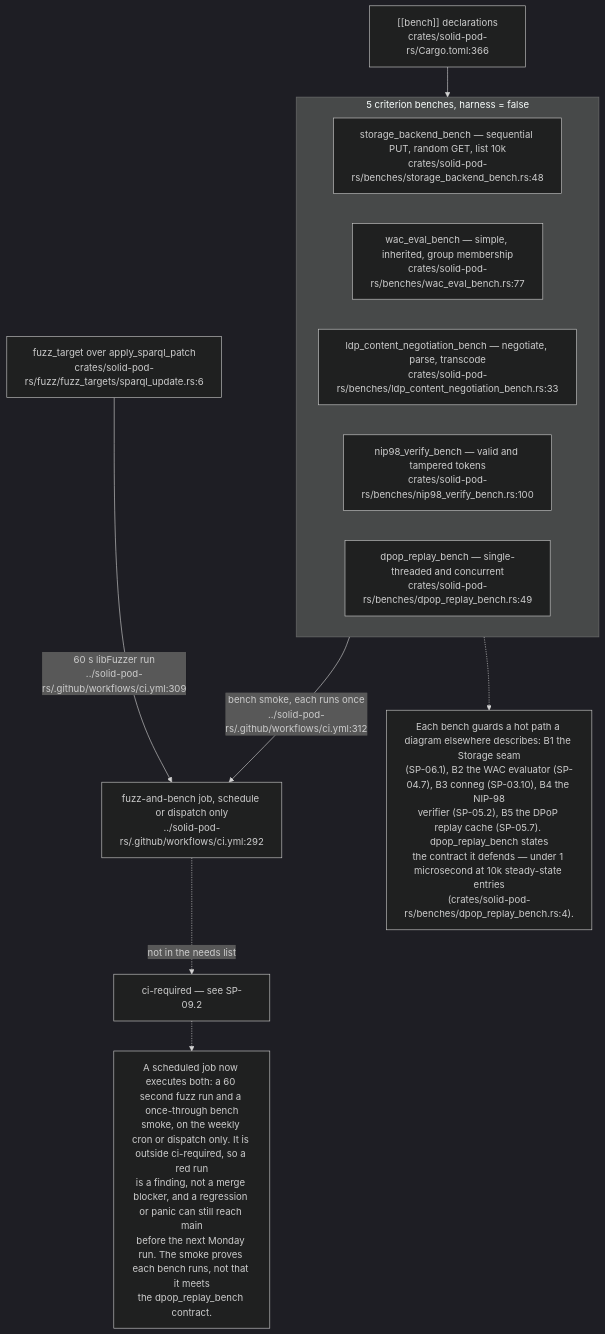
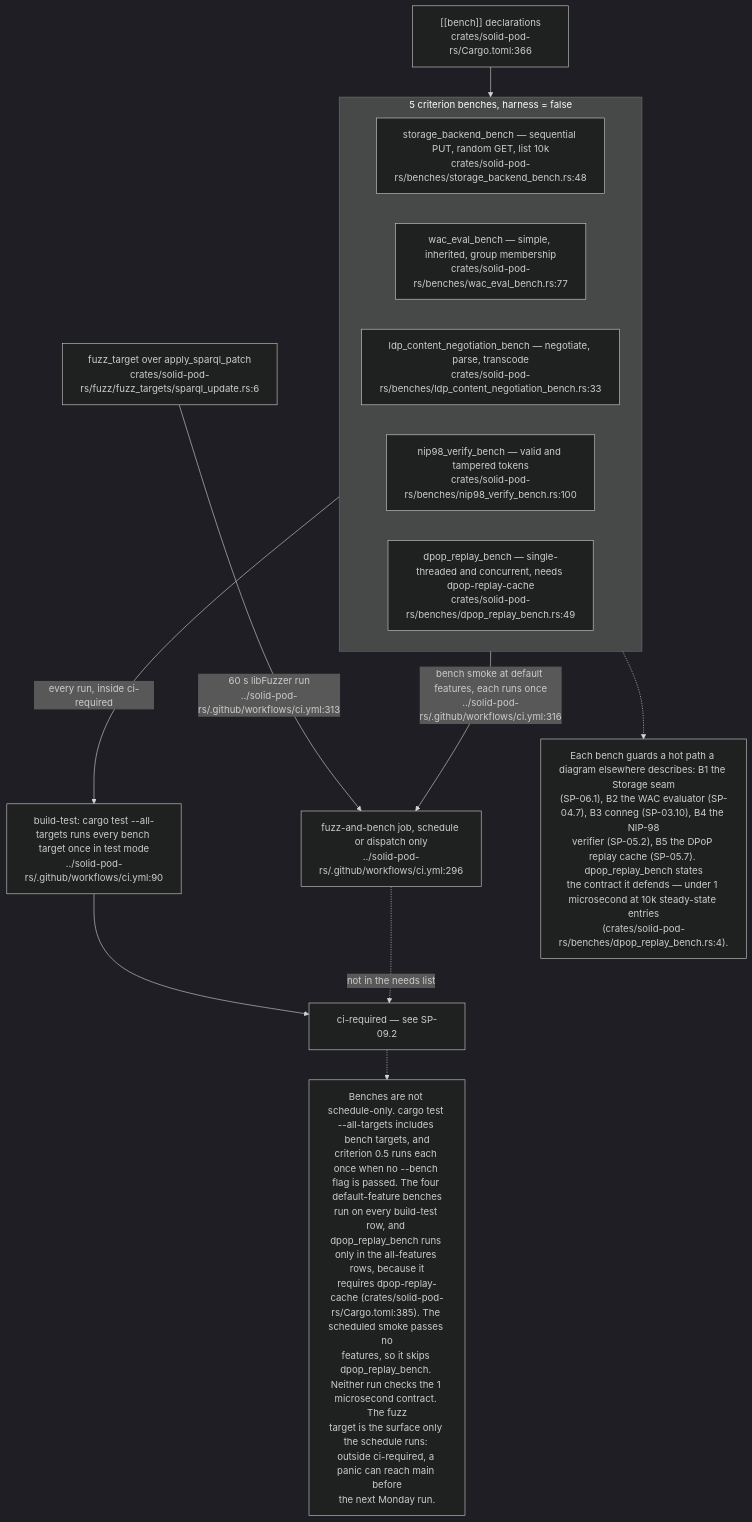
One commit to DreamLab-AI/VisionFlow changed the eighth of 9 diagrams in docs/diagrams/solid-pod-rs/09-ci-release-and-consumer-pins.md. Above: the diagram before and after it, drawn with Mermaid (dark theme). The commit also changed other lines of this file and 47 other files, not shown here.

````diff
--- a/docs/diagrams/solid-pod-rs/09-ci-release-and-consumer-pins.md
+++ b/docs/diagrams/solid-pod-rs/09-ci-release-and-consumer-pins.md
@@ -279,24 +308,27 @@
 ```mermaid
 flowchart TD
     subgraph BENCH["5 criterion benches, harness = false"]
         B1["storage_backend_bench — sequential PUT, random GET, list 10k<br/>crates/solid-pod-rs/benches/storage_backend_bench.rs:48"]
         B2["wac_eval_bench — simple, inherited, group membership<br/>crates/solid-pod-rs/benches/wac_eval_bench.rs:77"]
         B3["ldp_content_negotiation_bench — negotiate, parse, transcode<br/>crates/solid-pod-rs/benches/ldp_content_negotiation_bench.rs:33"]
         B4["nip98_verify_bench — valid and tampered tokens<br/>crates/solid-pod-rs/benches/nip98_verify_bench.rs:100"]
-        B5["dpop_replay_bench — single-threaded and concurrent<br/>crates/solid-pod-rs/benches/dpop_replay_bench.rs:49"]
+        B5["dpop_replay_bench — single-threaded and concurrent, needs dpop-replay-cache<br/>crates/solid-pod-rs/benches/dpop_replay_bench.rs:49"]
     end
     DECL["[[bench]] declarations<br/>crates/solid-pod-rs/Cargo.toml:366"]
+    PR["build-test: cargo test --all-targets runs every bench target once in test mode<br/>../solid-pod-rs/.github/workflows/ci.yml:90"]
     FUZZ["fuzz_target over apply_sparql_patch<br/>crates/solid-pod-rs/fuzz/fuzz_targets/sparql_update.rs:6"]
     CI["ci-required — see SP-09.2"]
-    SCH["fuzz-and-bench job, schedule or dispatch only<br/>../solid-pod-rs/.github/workflows/ci.yml:292"]
+    SCH["fuzz-and-bench job, schedule or dispatch only<br/>../solid-pod-rs/.github/workflows/ci.yml:296"]
 
     DECL --> BENCH
-    BENCH -- "bench smoke, each runs once<br/>../solid-pod-rs/.github/workflows/ci.yml:312" --> SCH
-    FUZZ -- "60 s libFuzzer run<br/>../solid-pod-rs/.github/workflows/ci.yml:309" --> SCH
+    BENCH -- "every run, inside ci-required" --> PR
+    PR --> CI
+    BENCH -- "bench smoke at default features, each runs once<br/>../solid-pod-rs/.github/workflows/ci.yml:316" --> SCH
+    FUZZ -- "60 s libFuzzer run<br/>../solid-pod-rs/.github/workflows/ci.yml:313" --> SCH
     SCH -. "not in the needs list" .-> CI
 
     N["Each bench guards a hot path a diagram elsewhere describes: B1 the Storage seam<br/>(SP-06.1), B2 the WAC evaluator (SP-04.7), B3 conneg (SP-03.10), B4 the NIP-98<br/>verifier (SP-05.2), B5 the DPoP replay cache (SP-05.7). dpop_replay_bench states<br/>the contract it defends — under 1 microsecond at 10k steady-state entries<br/>(crates/solid-pod-rs/benches/dpop_replay_bench.rs:4)."]
     BENCH -.-> N
-    N2["A scheduled job now executes both: a 60 second fuzz run and a once-through bench<br/>smoke, on the weekly cron or dispatch only. It is outside ci-required, so a red run<br/>is a finding, not a merge blocker, and a regression or panic can still reach main<br/>before the next Monday run. The smoke proves each bench runs, not that it meets<br/>the dpop_replay_bench contract."]
+    N2["Benches are not schedule-only. cargo test --all-targets includes bench targets, and<br/>criterion 0.5 runs each once when no --bench flag is passed. The four default-feature benches<br/>run on every build-test row, and dpop_replay_bench runs only in the all-features rows, because it<br/>requires dpop-replay-cache (crates/solid-pod-rs/Cargo.toml:385). The scheduled smoke passes no<br/>features, so it skips dpop_replay_bench. Neither run checks the 1 microsecond contract. The fuzz<br/>target is the surface only the schedule runs: outside ci-required, a panic can reach main before<br/>the next Monday run."]
     CI -.-> N2
 ```
````
